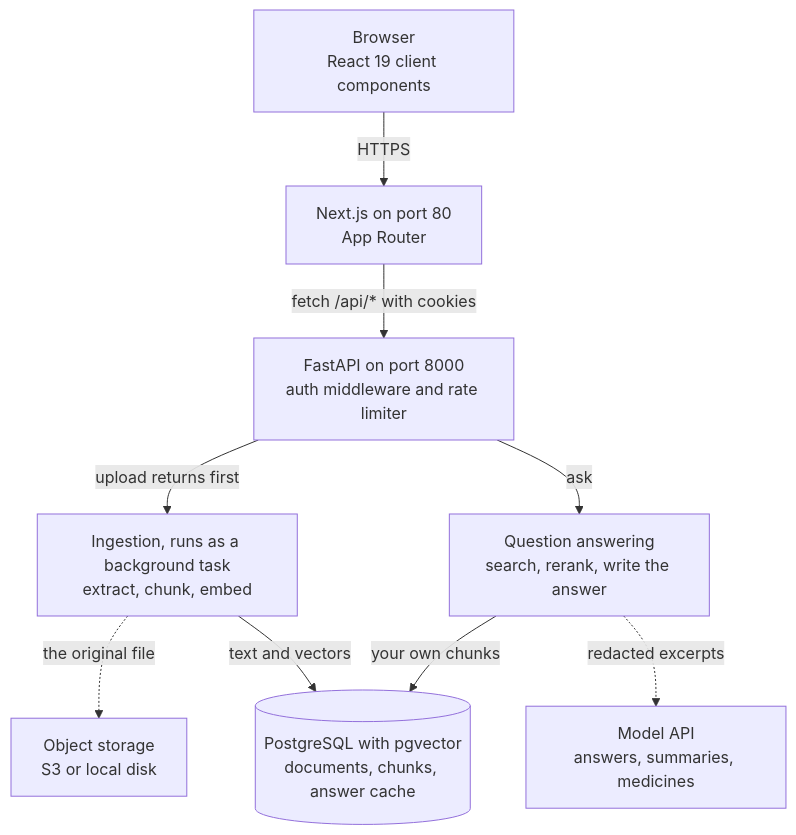
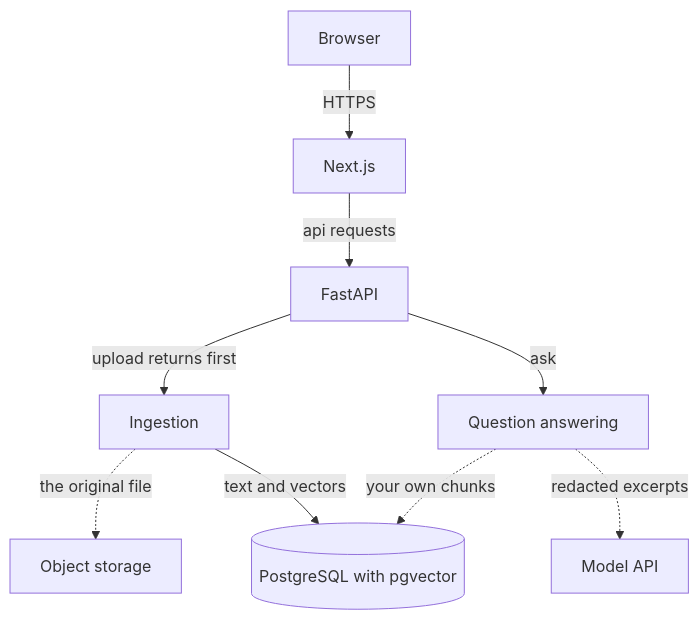
One commit to Inline090/MedySinc changed the diagram in README.md. Above: the diagram before and after it, drawn with Mermaid. The commit also changed other lines of this file, not shown here.

Commit message:
docs(readme): simplify the architecture diagram to names only

````diff
--- a/README.md
+++ b/README.md
@@ -9,20 +9,20 @@
 ```mermaid
 flowchart TD
-    Browser["Browser<br/>React 19 client components"]
-    Web["Next.js on port 80<br/>App Router"]
-    API["FastAPI on port 8000<br/>auth middleware and rate limiter"]
-    Ingest["Ingestion, runs as a background task<br/>extract, chunk, embed"]
-    Ask["Question answering<br/>search, rerank, write the answer"]
-    DB[("PostgreSQL with pgvector<br/>documents, chunks, answer cache")]
-    Store["Object storage<br/>S3 or local disk"]
-    Model["Model API<br/>answers, summaries, medicines"]
+    Browser["Browser"]
+    Web["Next.js"]
+    API["FastAPI"]
+    Ingest["Ingestion"]
+    Ask["Question answering"]
+    DB[("PostgreSQL with pgvector")]
+    Store["Object storage"]
+    Model["Model API"]
 
     Browser -->|HTTPS| Web
-    Web -->|"fetch /api/* with cookies"| API
+    Web -->|"api requests"| API
     API -->|"upload returns first"| Ingest
     API -->|ask| Ask
     Ingest -.->|"the original file"| Store
     Ask -.->|"redacted excerpts"| Model
     Ingest -->|"text and vectors"| DB
-    Ask -->|"your own chunks"| DB
+    Ask -.->|"your own chunks"| DB
 ```
````
